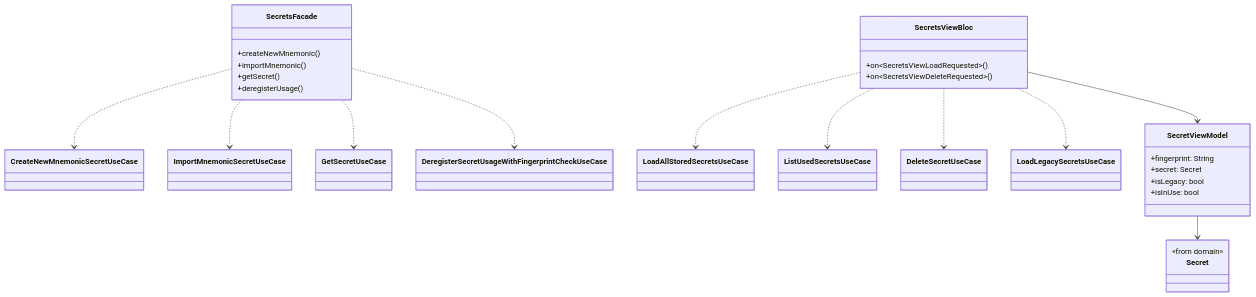
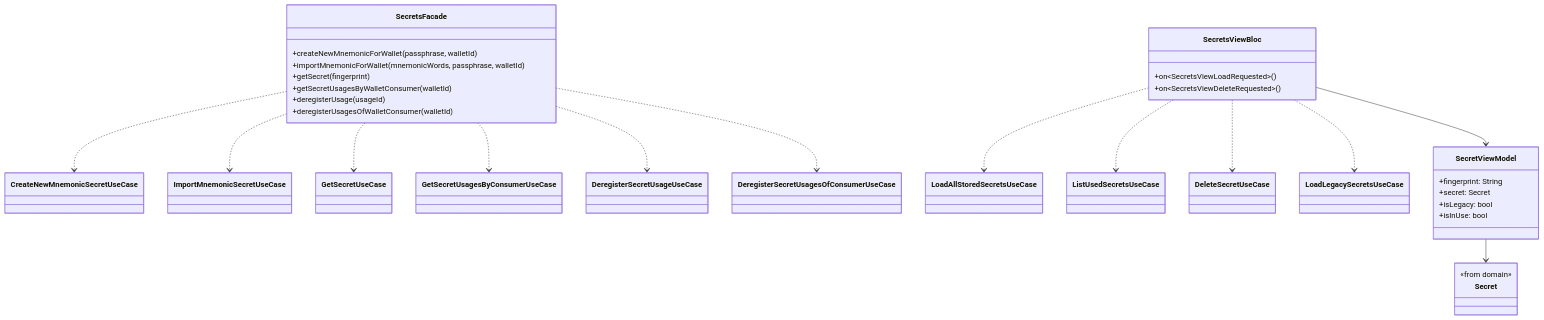
The seventh of 17 diagrams in lib/features/secrets/secrets_architecture.md (SatoshiPortal/bullbitcoin-mobile), drawn with Mermaid before and after one commit. The commit also changed other lines of this file and 16 other files, not shown here.

Commit message:
update architecture doc of secrets

````diff
--- a/lib/features/secrets/secrets_architecture.md
+++ b/lib/features/secrets/secrets_architecture.md
@@ -329,49 +387,55 @@
 ```mermaid
 classDiagram
     %% Use Cases (for reference)
     class CreateNewMnemonicSecretUseCase
     class ImportMnemonicSecretUseCase
     class GetSecretUseCase
-    class DeregisterSecretUsageWithFingerprintCheckUseCase
+    class GetSecretUsagesByConsumerUseCase
+    class DeregisterSecretUsageUseCase
+    class DeregisterSecretUsagesOfConsumerUseCase
     class LoadAllStoredSecretsUseCase
     class ListUsedSecretsUseCase
     class DeleteSecretUseCase
     class LoadLegacySecretsUseCase
 
     %% Public Facade (for other features)
     class SecretsFacade {
-        +createNewMnemonic()
-        +importMnemonic()
-        +getSecret()
-        +deregisterUsage()
+        +createNewMnemonicForWallet(passphrase, walletId)
+        +importMnemonicForWallet(mnemonicWords, passphrase, walletId)
+        +getSecret(fingerprint)
+        +getSecretUsagesByWalletConsumer(walletId)
+        +deregisterUsage(usageId)
+        +deregisterUsagesOfWalletConsumer(walletId)
     }
 
     SecretsFacade ..> CreateNewMnemonicSecretUseCase
     SecretsFacade ..> ImportMnemonicSecretUseCase
     SecretsFacade ..> GetSecretUseCase
-    SecretsFacade ..> DeregisterSecretUsageWithFingerprintCheckUseCase
+    SecretsFacade ..> GetSecretUsagesByConsumerUseCase
+    SecretsFacade ..> DeregisterSecretUsageUseCase
+    SecretsFacade ..> DeregisterSecretUsagesOfConsumerUseCase
 
     %% Presentation (for UI)
     class SecretsViewBloc {
         +on~SecretsViewLoadRequested~()
         +on~SecretsViewDeleteRequested~()
     }
 
     class SecretViewModel {
         +fingerprint: String
         +secret: Secret
         +isLegacy: bool
         +isInUse: bool
     }
 
     class Secret {
         <<from domain>>
     }
 
     SecretsViewBloc ..> LoadAllStoredSecretsUseCase
     SecretsViewBloc ..> ListUsedSecretsUseCase
     SecretsViewBloc ..> DeleteSecretUseCase
     SecretsViewBloc ..> LoadLegacySecretsUseCase
     SecretsViewBloc --> SecretViewModel
     SecretViewModel --> Secret
 ```
````
